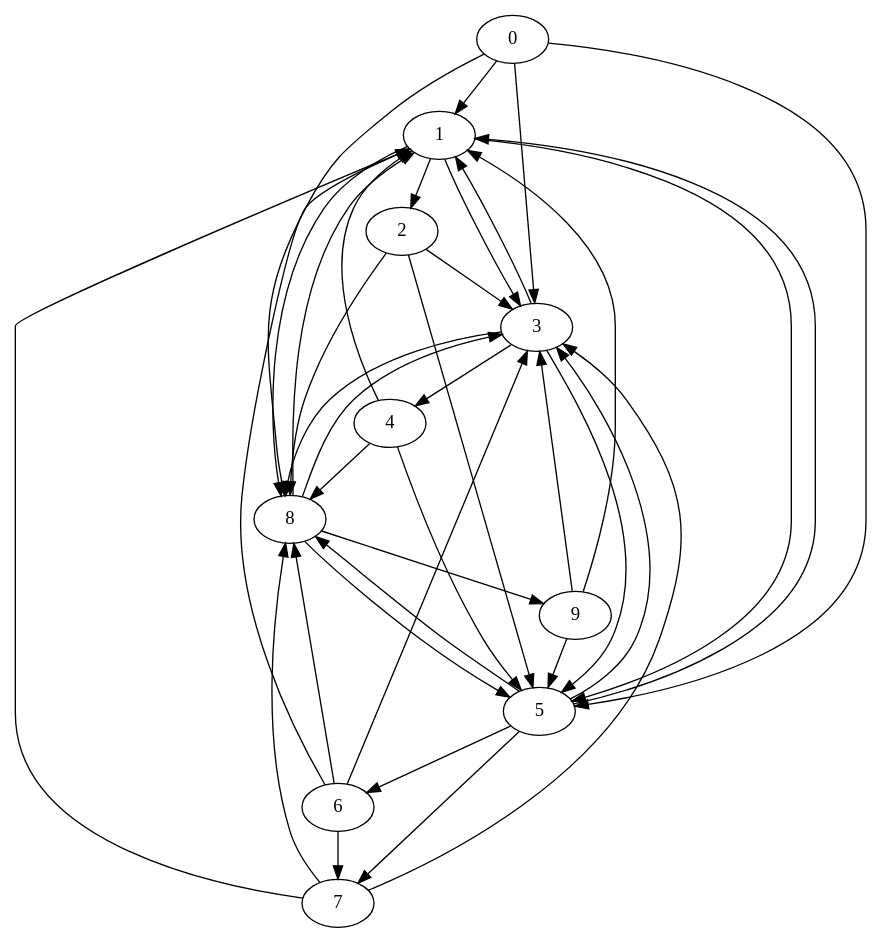
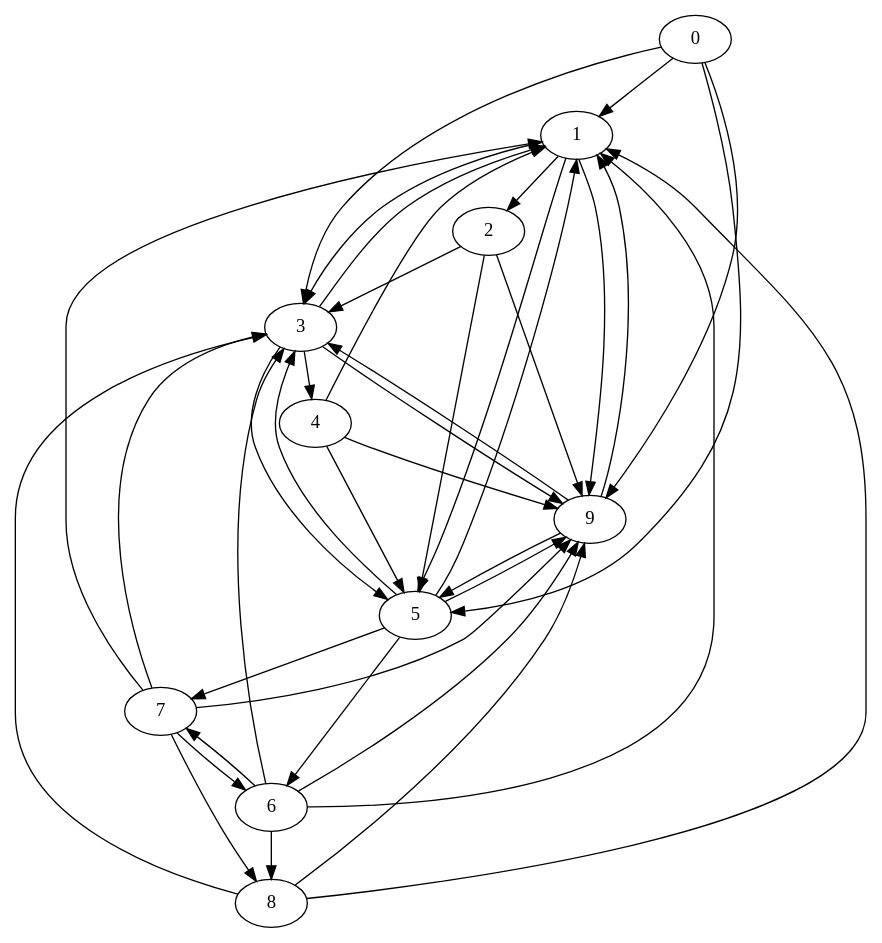
The diagram in BoostGraphTutorial/title_graph.dot (richelbilderbeek/boost_graph_cookbook_1), drawn with Graphviz before and after one commit. The commit also changed 55 other files, not shown here.

```diff
--- a/BoostGraphTutorial/title_graph.dot
+++ b/BoostGraphTutorial/title_graph.dot
@@ -1,49 +1,51 @@
 digraph G {
 0;
 1;
 2;
 3;
 4;
 5;
 6;
 7;
 8;
 9;
 0->1 ;
 0->3 ;
 0->5 ;
-0->8 ;
+0->9 ;
 1->2 ;
 1->3 ;
 1->5 ;
-1->8 ;
+1->9 ;
 2->3 ;
 2->5 ;
-2->8 ;
+2->9 ;
 3->1 ;
 3->4 ;
 3->5 ;
-3->8 ;
+3->9 ;
 4->1 ;
 4->5 ;
-4->8 ;
+4->9 ;
 5->1 ;
 5->3 ;
 5->7 ;
 5->6 ;
-5->8 ;
+5->9 ;
 6->1 ;
 6->3 ;
 6->7 ;
 6->8 ;
+6->9 ;
 7->1 ;
 7->3 ;
+7->6 ;
 7->8 ;
+7->9 ;
 8->1 ;
 8->3 ;
-8->5 ;
 8->9 ;
 9->1 ;
 9->3 ;
 9->5 ;
 }
```
